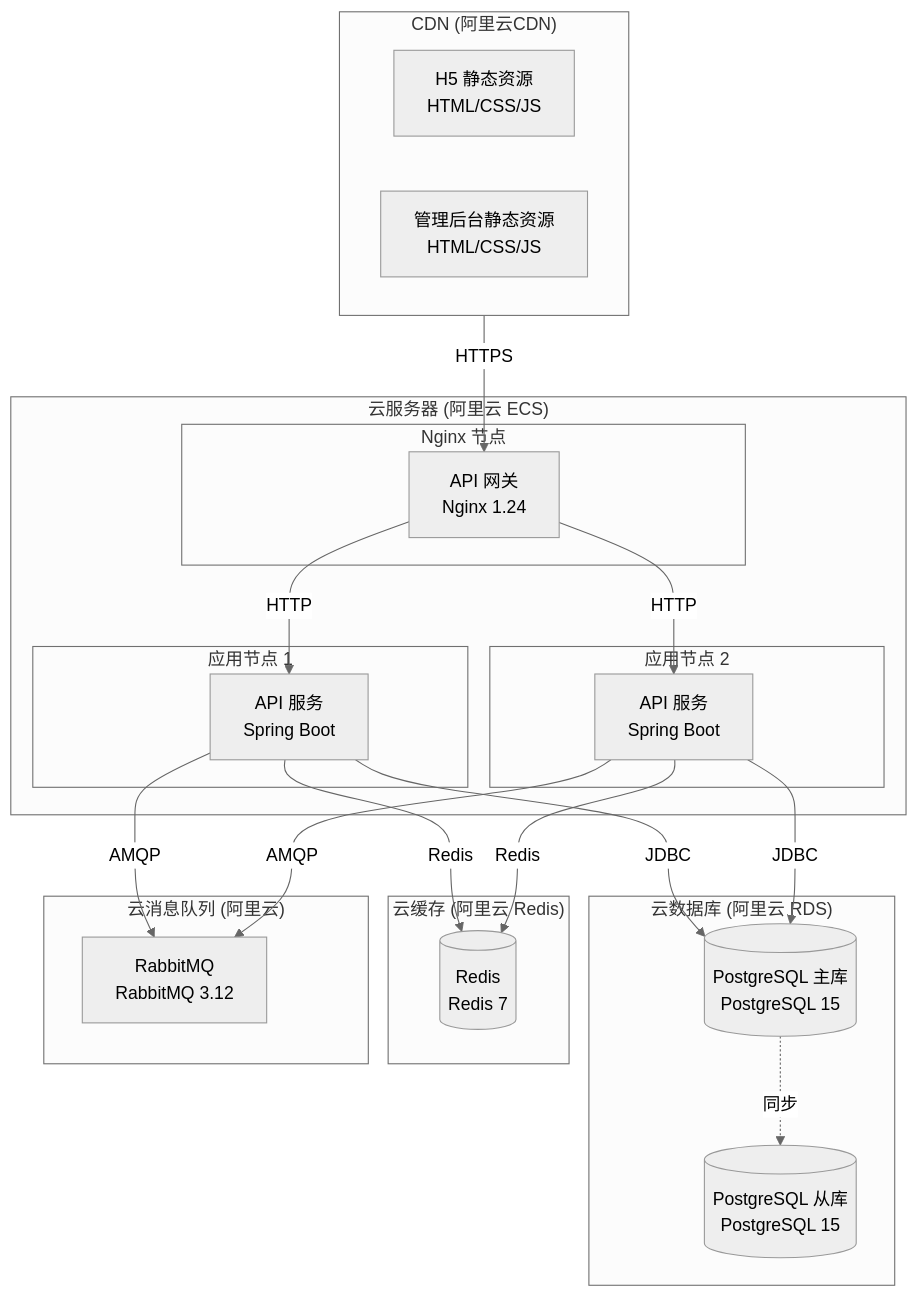
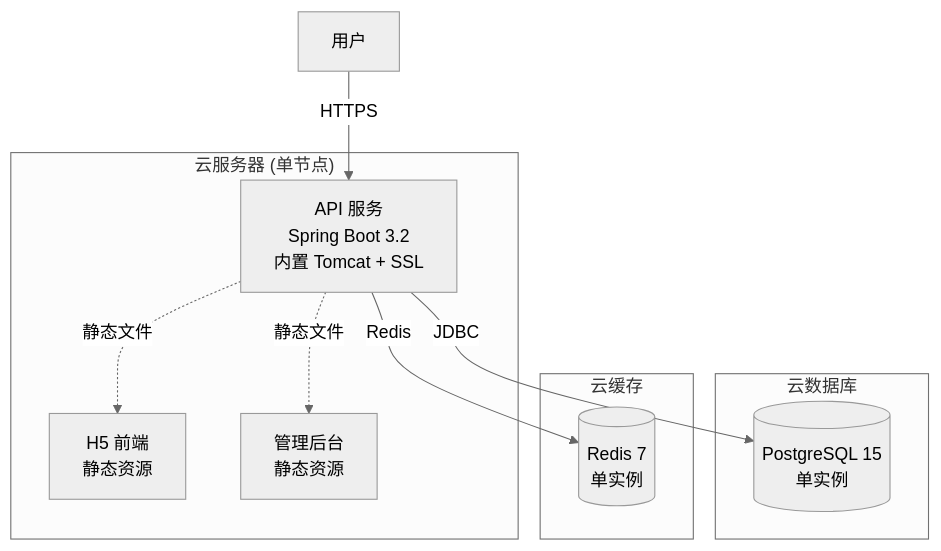
The seventh of 11 diagrams in docs/v1/diagrams/架构设计图.md (yiancode/AutoDepositRefundAgent), drawn with Mermaid (neutral theme) before and after one commit. The commit also changed other lines of this file and 5 other files, not shown here.

First line of the commit message:
docs(design): 同步 diagrams 与技术方案，移除智能匹配逻辑

````diff
--- a/docs/v1/diagrams/架构设计图.md
+++ b/docs/v1/diagrams/架构设计图.md
@@ -473,45 +464,22 @@
 ```mermaid
 flowchart TB
-    subgraph CDN["CDN (阿里云CDN)"]
-        h5Static["H5 静态资源<br/>HTML/CSS/JS"]
-        adminStatic["管理后台静态资源<br/>HTML/CSS/JS"]
+    subgraph Cloud["云服务器 (单节点)"]
+        api["API 服务<br/>Spring Boot 3.2<br/>内置 Tomcat + SSL"]
+        h5Static["H5 前端<br/>静态资源"]
+        adminStatic["管理后台<br/>静态资源"]
     end
 
-    subgraph Cloud["云服务器 (阿里云 ECS)"]
-        subgraph NginxNode["Nginx 节点"]
-            gateway["API 网关<br/>Nginx 1.24"]
-        end
-
-        subgraph App1["应用节点 1"]
-            api1["API 服务<br/>Spring Boot"]
-        end
-
-        subgraph App2["应用节点 2"]
-            api2["API 服务<br/>Spring Boot"]
-        end
+    subgraph RDS["云数据库"]
+        postgres[("PostgreSQL 15<br/>单实例")]
     end
 
-    subgraph RDS["云数据库 (阿里云 RDS)"]
-        pgMaster[("PostgreSQL 主库<br/>PostgreSQL 15")]
-        pgSlave[("PostgreSQL 从库<br/>PostgreSQL 15")]
+    subgraph Cache["云缓存"]
+        redis[("Redis 7<br/>单实例")]
     end
 
-    subgraph Cache["云缓存 (阿里云 Redis)"]
-        redis[("Redis<br/>Redis 7")]
-    end
-
-    subgraph MQ["云消息队列 (阿里云)"]
-        rabbit["RabbitMQ<br/>RabbitMQ 3.12"]
-    end
-
-    CDN -->|HTTPS| gateway
-    gateway -->|HTTP| api1
-    gateway -->|HTTP| api2
-    api1 -->|JDBC| pgMaster
-    api2 -->|JDBC| pgMaster
-    pgMaster -.->|同步| pgSlave
-    api1 -->|Redis| redis
-    api2 -->|Redis| redis
-    api1 -->|AMQP| rabbit
-    api2 -->|AMQP| rabbit
+    User["用户"] -->|HTTPS| api
+    api -->|JDBC| postgres
+    api -->|Redis| redis
+    api -.->|静态文件| h5Static
+    api -.->|静态文件| adminStatic
 ```
````
